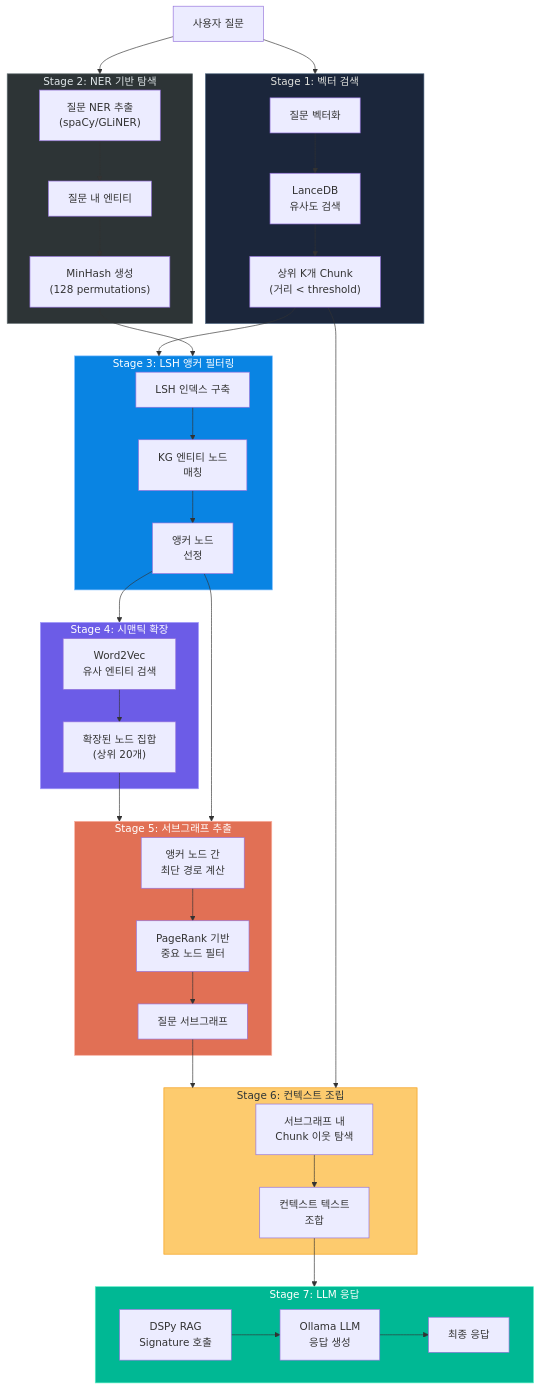
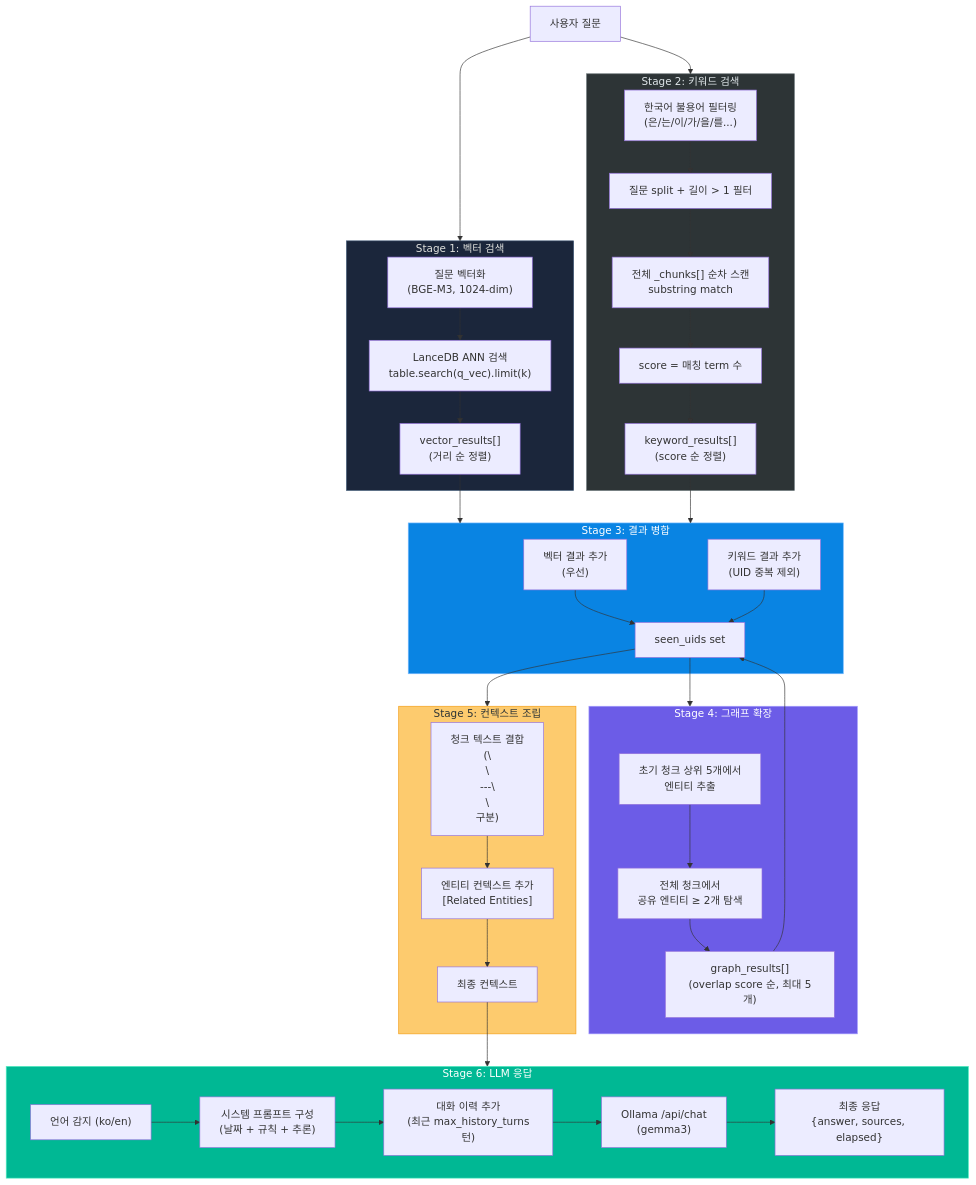
The eighth of 11 diagrams in docs/03_user_and_data_workflow.md (laurus-kpa007/GraphRAG-Senzing), drawn with Mermaid before and after one commit. The commit also changed other lines of this file and 4 other files, not shown here.

````diff
--- a/docs/03_user_and_data_workflow.md
+++ b/docs/03_user_and_data_workflow.md
@@ -404,74 +325,70 @@
 ```mermaid
 flowchart TD
     QUESTION["사용자 질문"]
 
     subgraph STAGE1["Stage 1: 벡터 검색"]
-        Q_EMBED["질문 벡터화"]
-        LANCE_SEARCH["LanceDB\n유사도 검색"]
-        TOP_CHUNKS["상위 K개 Chunk\n(거리 < threshold)"]
-        Q_EMBED --> LANCE_SEARCH --> TOP_CHUNKS
+        Q_EMBED["질문 벡터화\n(BGE-M3, 1024-dim)"]
+        LANCE_SEARCH["LanceDB ANN 검색\ntable.search(q_vec).limit(k)"]
+        VEC_RESULTS["vector_results[]\n(거리 순 정렬)"]
+        Q_EMBED --> LANCE_SEARCH --> VEC_RESULTS
     end
 
-    subgraph STAGE2["Stage 2: NER 기반 탐색"]
-        Q_PARSE["질문 NER 추출\n(spaCy/GLiNER)"]
-        Q_ENTITIES["질문 내 엔티티"]
-        MINHASH_PREP["MinHash 생성\n(128 permutations)"]
-        Q_PARSE --> Q_ENTITIES --> MINHASH_PREP
+    subgraph STAGE2["Stage 2: 키워드 검색"]
+        STOPWORD["한국어 불용어 필터링\n(은/는/이/가/을/를...)"]
+        SPLIT["질문 split + 길이 > 1 필터"]
+        SCAN["전체 _chunks[] 순차 스캔\nsubstring match"]
+        KW_SCORE["score = 매칭 term 수"]
+        KW_RESULTS["keyword_results[]\n(score 순 정렬)"]
+        STOPWORD --> SPLIT --> SCAN --> KW_SCORE --> KW_RESULTS
     end
 
-    subgraph STAGE3["Stage 3: LSH 앵커 필터링"]
-        LSH_INDEX["LSH 인덱스 구축"]
-        KG_ENTITIES["KG 엔티티 노드\n매칭"]
-        ANCHOR_SELECT["앵커 노드\n선정"]
-        LSH_INDEX --> KG_ENTITIES --> ANCHOR_SELECT
+    subgraph STAGE3["Stage 3: 결과 병합"]
+        MERGE_VEC["벡터 결과 추가\n(우선)"]
+        MERGE_KW["키워드 결과 추가\n(UID 중복 제외)"]
+        SEEN["seen_uids set"]
+        MERGE_VEC --> SEEN
+        MERGE_KW --> SEEN
     end
 
-    subgraph STAGE4["Stage 4: 시맨틱 확장"]
-        W2V_SIMILAR["Word2Vec\n유사 엔티티 검색"]
-        EXPAND_NODES["확장된 노드 집합\n(상위 20개)"]
-        W2V_SIMILAR --> EXPAND_NODES
+    subgraph STAGE4["Stage 4: 그래프 확장"]
+        EXTRACT_ENT["초기 청크 상위 5개에서\n엔티티 추출"]
+        FIND_COOCCUR["전체 청크에서\n공유 엔티티 ≥ 2개 탐색"]
+        GRAPH_RESULTS["graph_results[]\n(overlap score 순, 최대 5개)"]
+        EXTRACT_ENT --> FIND_COOCCUR --> GRAPH_RESULTS
     end
 
-    subgraph STAGE5["Stage 5: 서브그래프 추출"]
-        SHORTEST_PATH["앵커 노드 간\n최단 경로 계산"]
-        PAGERANK_FILTER["PageRank 기반\n중요 노드 필터"]
-        QUESTION_SUBGRAPH["질문 서브그래프"]
-        SHORTEST_PATH --> PAGERANK_FILTER --> QUESTION_SUBGRAPH
+    subgraph STAGE5["Stage 5: 컨텍스트 조립"]
+        JOIN_TEXT["청크 텍스트 결합\n(\\n\\n---\\n\\n 구분)"]
+        ENT_CONTEXT["엔티티 컨텍스트 추가\n[Related Entities]"]
+        FINAL_CTX["최종 컨텍스트"]
+        JOIN_TEXT --> ENT_CONTEXT --> FINAL_CTX
     end
 
-    subgraph STAGE6["Stage 6: 컨텍스트 조립"]
-        CHUNK_NEIGHBORS["서브그래프 내\nChunk 이웃 탐색"]
-        CONTEXT_TEXT["컨텍스트 텍스트\n조합"]
-        CHUNK_NEIGHBORS --> CONTEXT_TEXT
-    end
-
-    subgraph STAGE7["Stage 7: LLM 응답"]
-        DSPY_CALL["DSPy RAG\nSignature 호출"]
-        OLLAMA_GEN["Ollama LLM\n응답 생성"]
-        FINAL_ANS["최종 응답"]
-        DSPY_CALL --> OLLAMA_GEN --> FINAL_ANS
+    subgraph STAGE6["Stage 6: LLM 응답"]
+        LANG_DET["언어 감지 (ko/en)"]
+        SYS_PROMPT["시스템 프롬프트 구성\n(날짜 + 규칙 + 추론)"]
+        CONV_HIST["대화 이력 추가\n(최근 max_history_turns턴)"]
+        CHAT_API["Ollama /api/chat\n(gemma3)"]
+        FINAL_ANS["최종 응답\n{answer, sources, elapsed}"]
+        LANG_DET --> SYS_PROMPT --> CONV_HIST --> CHAT_API --> FINAL_ANS
     end
 
     QUESTION --> STAGE1
     QUESTION --> STAGE2
 
-    TOP_CHUNKS --> STAGE3
-    MINHASH_PREP --> STAGE3
+    VEC_RESULTS --> STAGE3
+    KW_RESULTS --> STAGE3
 
-    ANCHOR_SELECT --> STAGE4
-    EXPAND_NODES --> STAGE5
-    ANCHOR_SELECT --> STAGE5
+    SEEN --> STAGE4
+    GRAPH_RESULTS --> SEEN
 
-    QUESTION_SUBGRAPH --> STAGE6
-    TOP_CHUNKS --> STAGE6
-
-    CONTEXT_TEXT --> STAGE7
+    SEEN --> STAGE5
+    FINAL_CTX --> STAGE6
 
     style STAGE1 fill:#1b263b,stroke:#415a77,color:#e0e1dd
     style STAGE2 fill:#2d3436,stroke:#636e72,color:#dfe6e9
     style STAGE3 fill:#0984e3,stroke:#74b9ff,color:#fff
     style STAGE4 fill:#6c5ce7,stroke:#a29bfe,color:#fff
-    style STAGE5 fill:#e17055,stroke:#fab1a0,color:#fff
-    style STAGE6 fill:#fdcb6e,stroke:#f39c12,color:#2d3436
-    style STAGE7 fill:#00b894,stroke:#55efc4,color:#fff
+    style STAGE5 fill:#fdcb6e,stroke:#f39c12,color:#2d3436
+    style STAGE6 fill:#00b894,stroke:#55efc4,color:#fff
 ```
````
